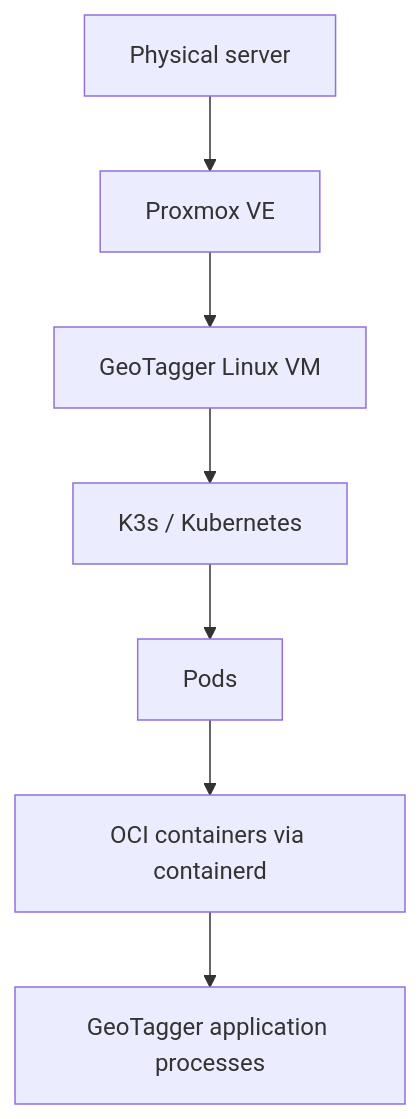
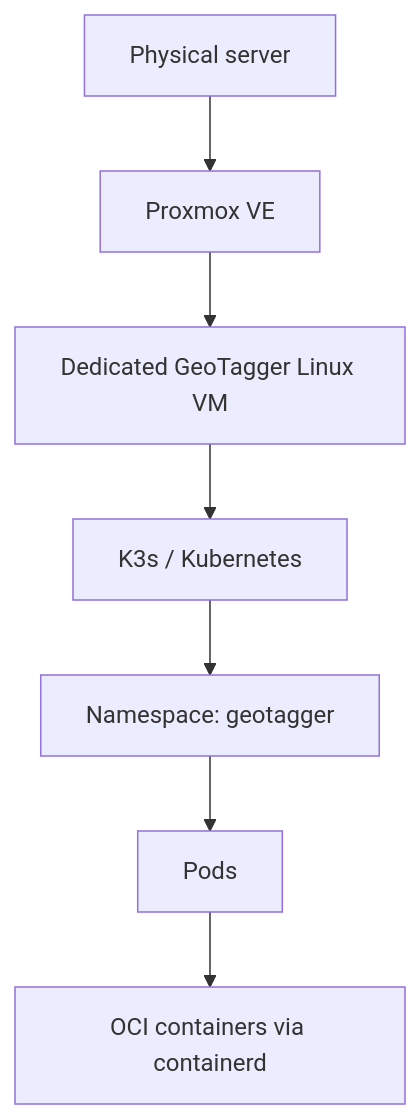
One commit to Jstarzz/geotagger changed the third of 14 diagrams in docs/KUBERNETES.md. Above: the diagram before and after it, drawn with Mermaid. The commit also changed other lines of this file, not shown here.

Commit message:
docs: fix Mermaid and tighten Kubernetes guide

````diff
--- a/docs/KUBERNETES.md
+++ b/docs/KUBERNETES.md
@@ -73,9 +42,9 @@
 ```mermaid
 flowchart TB
-    HW[Physical server] --> PVE[Proxmox VE]
-    PVE --> VM[GeoTagger Linux VM]
-    VM --> K3S[K3s / Kubernetes]
-    K3S --> PODS[Pods]
-    PODS --> CTR[OCI containers via containerd]
-    CTR --> APP[GeoTagger application processes]
+    HW["Physical server"] --> PVE["Proxmox VE"]
+    PVE --> VM["Dedicated GeoTagger Linux VM"]
+    VM --> K3S["K3s / Kubernetes"]
+    K3S --> NS["Namespace: geotagger"]
+    NS --> PODS["Pods"]
+    PODS --> CTRS["OCI containers via containerd"]
 ```
````
